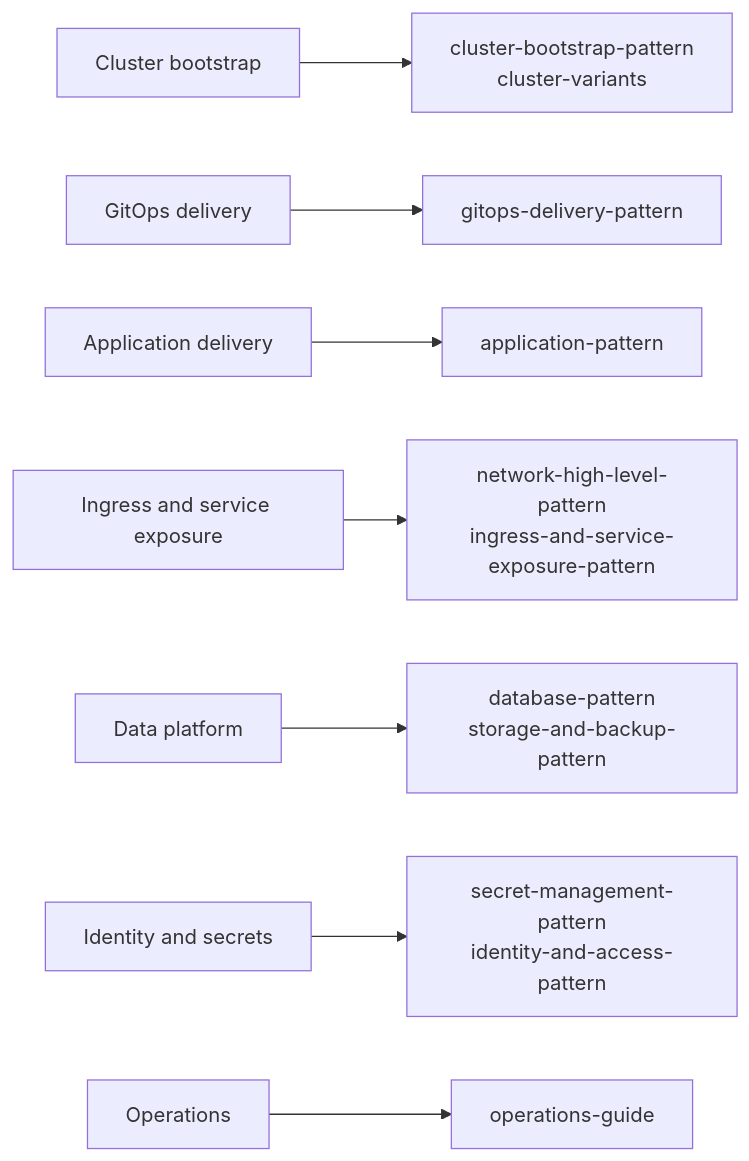
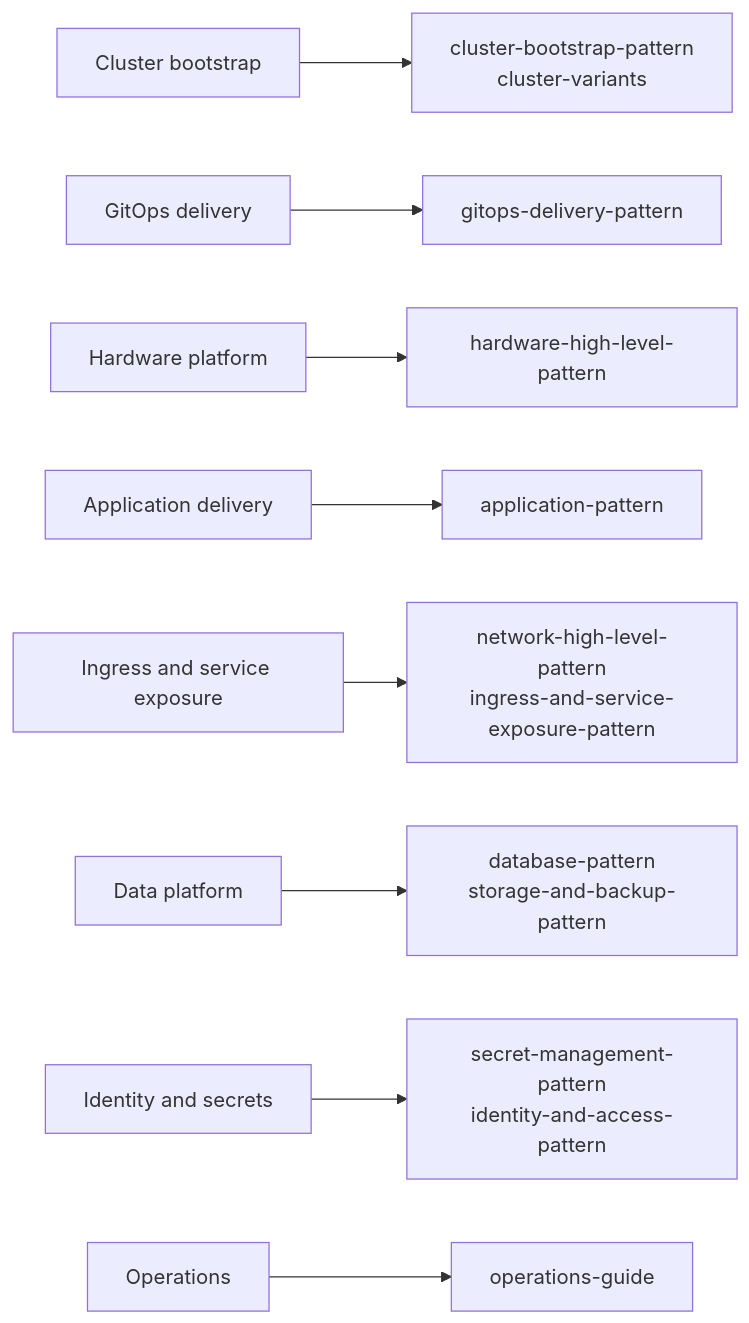
The second of 2 diagrams in docs/README.md (sstr-dev/infrastructure), drawn with Mermaid before and after one commit. The commit also changed other lines of this file and 1 other file, not shown here.

Commit message:
hardware

````diff
--- a/docs/README.md
+++ b/docs/README.md
@@ -37,26 +39,29 @@
 ```mermaid
 flowchart LR
     bootstrap["Cluster bootstrap"]
     gitops["GitOps delivery"]
+    hardware["Hardware platform"]
     apps["Application delivery"]
     exposure["Ingress and service exposure"]
     data["Data platform"]
     identity["Identity and secrets"]
     ops["Operations"]
 
+    hardwareDocs["hardware-high-level-pattern"]
     bootstrapDocs["cluster-bootstrap-pattern<br/>cluster-variants"]
     gitopsDocs["gitops-delivery-pattern"]
     appDocs["application-pattern"]
     exposureDocs["network-high-level-pattern<br/>ingress-and-service-exposure-pattern"]
     dataDocs["database-pattern<br/>storage-and-backup-pattern"]
     identityDocs["secret-management-pattern<br/>identity-and-access-pattern"]
     opsDocs["operations-guide"]
 
+    hardware --> hardwareDocs
     bootstrap --> bootstrapDocs
     gitops --> gitopsDocs
     apps --> appDocs
     exposure --> exposureDocs
     data --> dataDocs
     identity --> identityDocs
     ops --> opsDocs
 ```
````
